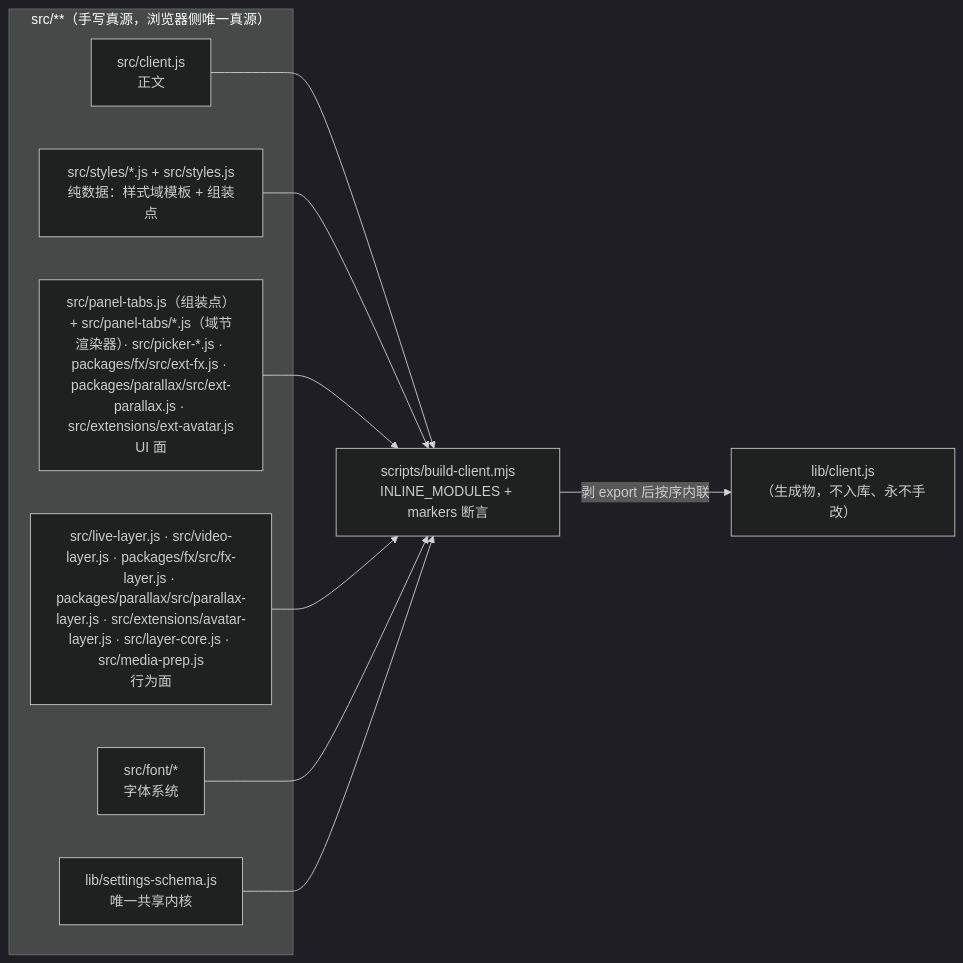
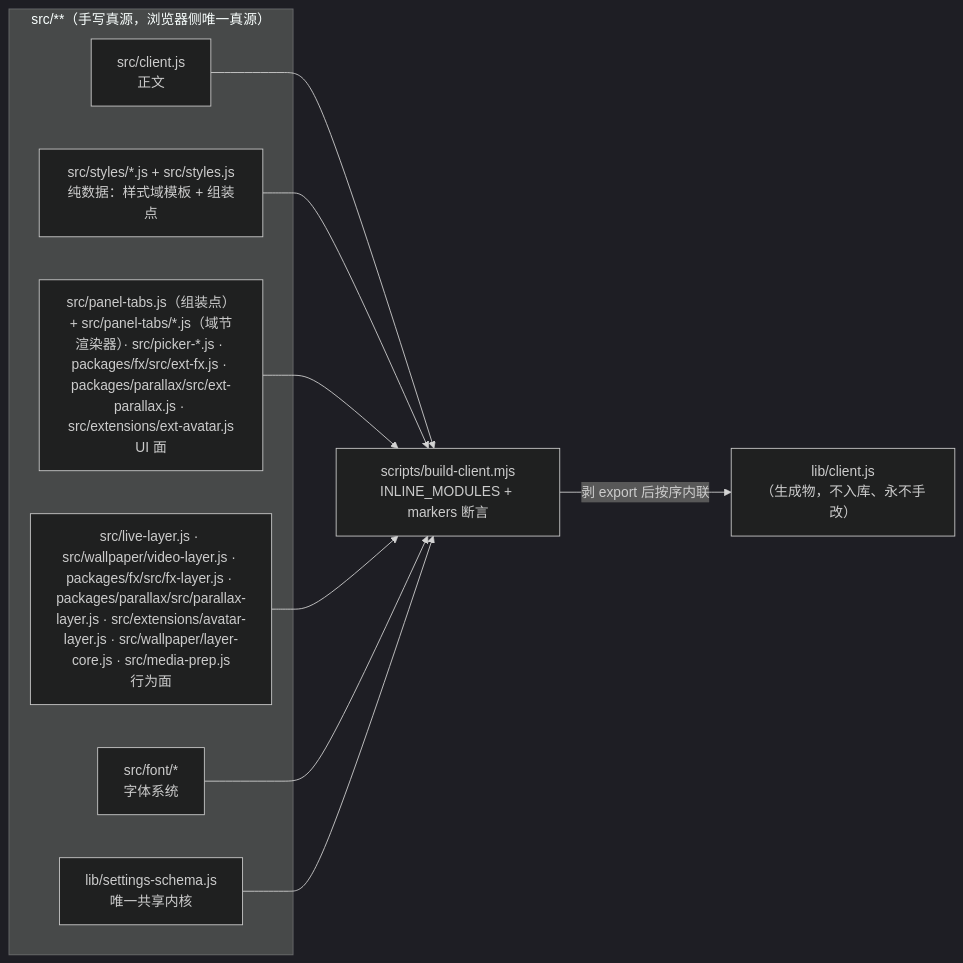
Before and after one commit to elysia395/dsh-wallpaper-engine: the fifth of 9 diagrams in docs/CODE-STRUCTURE.md, drawn with Mermaid (dark theme). The commit also changed other lines of this file and 31 other files, not shown here.

First line of the commit message:
整理：src 目录重构 Wave 1c —— 壁纸运行时五模块归到 src/wallpaper/

````diff
--- a/docs/CODE-STRUCTURE.md
+++ b/docs/CODE-STRUCTURE.md
@@ -346,18 +346,18 @@
 ```mermaid
 graph LR
     subgraph SRC["src/**（手写真源，浏览器侧唯一真源）"]
         C["src/client.js<br/>正文"]
         A["src/styles/*.js + src/styles.js<br/>纯数据：样式域模板 + 组装点"]
         B["src/panel-tabs.js（组装点）+ src/panel-tabs/*.js（域节渲染器）· src/picker-*.js · packages/fx/src/ext-fx.js · packages/parallax/src/ext-parallax.js · src/extensions/ext-avatar.js<br/>UI 面"]
-        D["src/live-layer.js · src/video-layer.js · packages/fx/src/fx-layer.js · packages/parallax/src/parallax-layer.js · src/extensions/avatar-layer.js · src/layer-core.js · src/media-prep.js<br/>行为面"]
+        D["src/live-layer.js · src/wallpaper/video-layer.js · packages/fx/src/fx-layer.js · packages/parallax/src/parallax-layer.js · src/extensions/avatar-layer.js · src/wallpaper/layer-core.js · src/media-prep.js<br/>行为面"]
         E["src/font/*<br/>字体系统"]
         F["lib/settings-schema.js<br/>唯一共享内核"]
     end
     C --> BUILD["scripts/build-client.mjs<br/>INLINE_MODULES + markers 断言"]
     A --> BUILD
     B --> BUILD
     D --> BUILD
     E --> BUILD
     F --> BUILD
     BUILD -->|剥 export 后按序内联| OUT["lib/client.js<br/>（生成物，不入库、永不手改）"]
 ```
````
